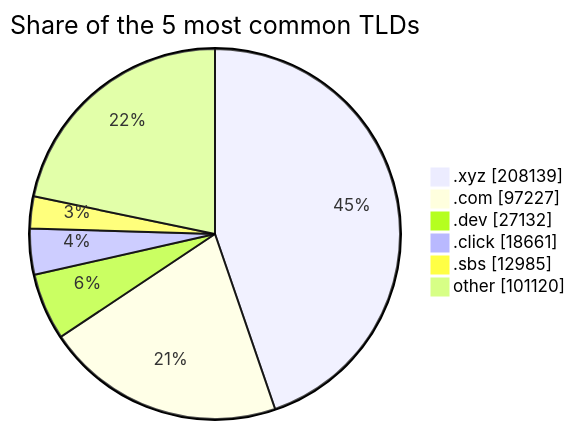
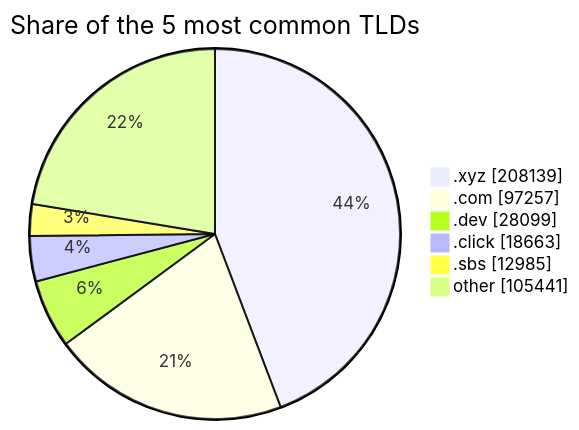
One commit to DNSBunker/CTI changed the second of 2 diagrams in README.md. Above: the diagram before and after it, drawn with Mermaid. The commit also changed other lines of this file and 3 other files, not shown here.

````diff
--- a/README.md
+++ b/README.md
@@ -72,9 +72,9 @@
 ```mermaid
 pie showData title Share of the 5 most common TLDs
     ".xyz" : 208139
-    ".com" : 97227
-    ".dev" : 27132
-    ".click" : 18661
+    ".com" : 97257
+    ".dev" : 28099
+    ".click" : 18663
     ".sbs" : 12985
-    "other" : 101120
+    "other" : 105441
 ```
````
